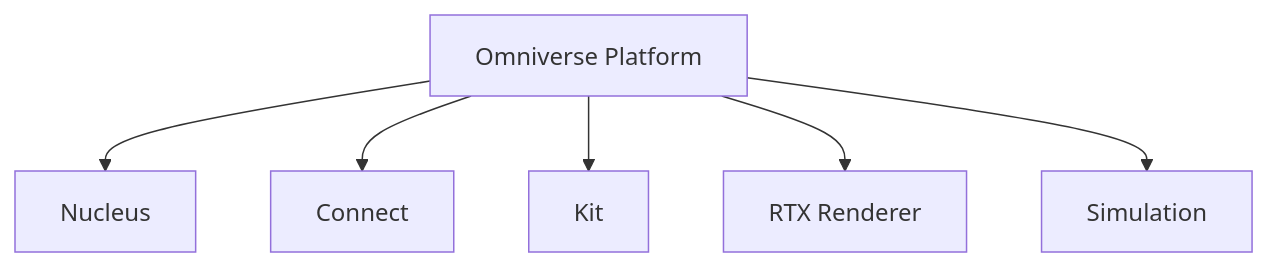
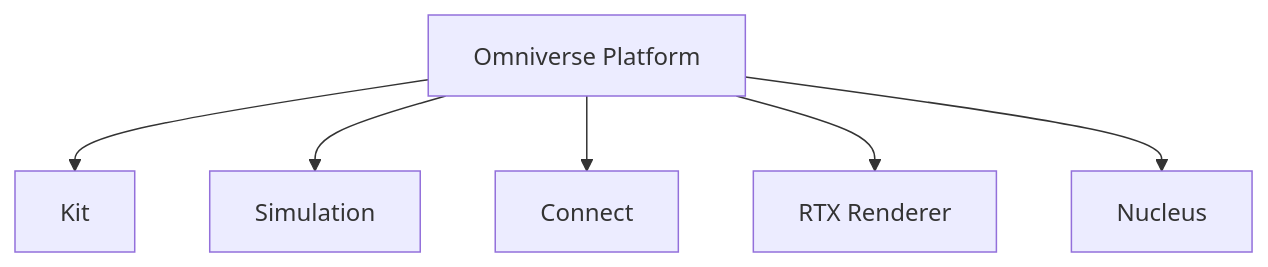
One commit to g0v-data/g0v-hackmd-archive changed the first of 2 diagrams in notes/mHTtI4mNT9iUOnjttJnTkg.md. Above: the diagram before and after it, drawn with Mermaid. The commit also changed other lines of this file and 3 other files, not shown here.

````diff
--- a/notes/mHTtI4mNT9iUOnjttJnTkg.md
+++ b/notes/mHTtI4mNT9iUOnjttJnTkg.md
@@ -25,10 +26,10 @@
 ```mermaid
 flowchart TD
     A[Omniverse Platform]
 
+    A --> D[Kit]
+    A --> F[Simulation]
+    A --> C[Connect]
+    A --> E[RTX Renderer]
     A --> B[Nucleus]
-    A --> C[Connect]
-    A --> D[Kit]
-    A --> E[RTX Renderer]
-    A --> F[Simulation]
 ```
````
